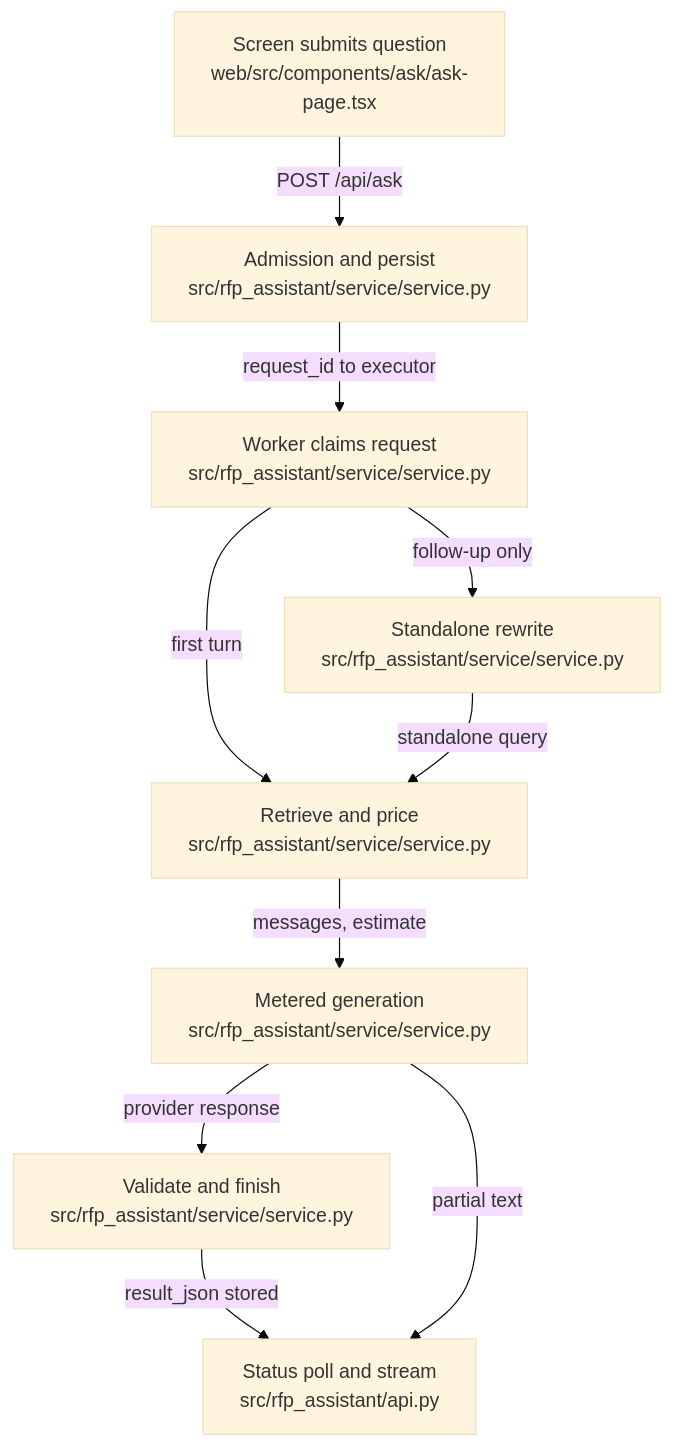
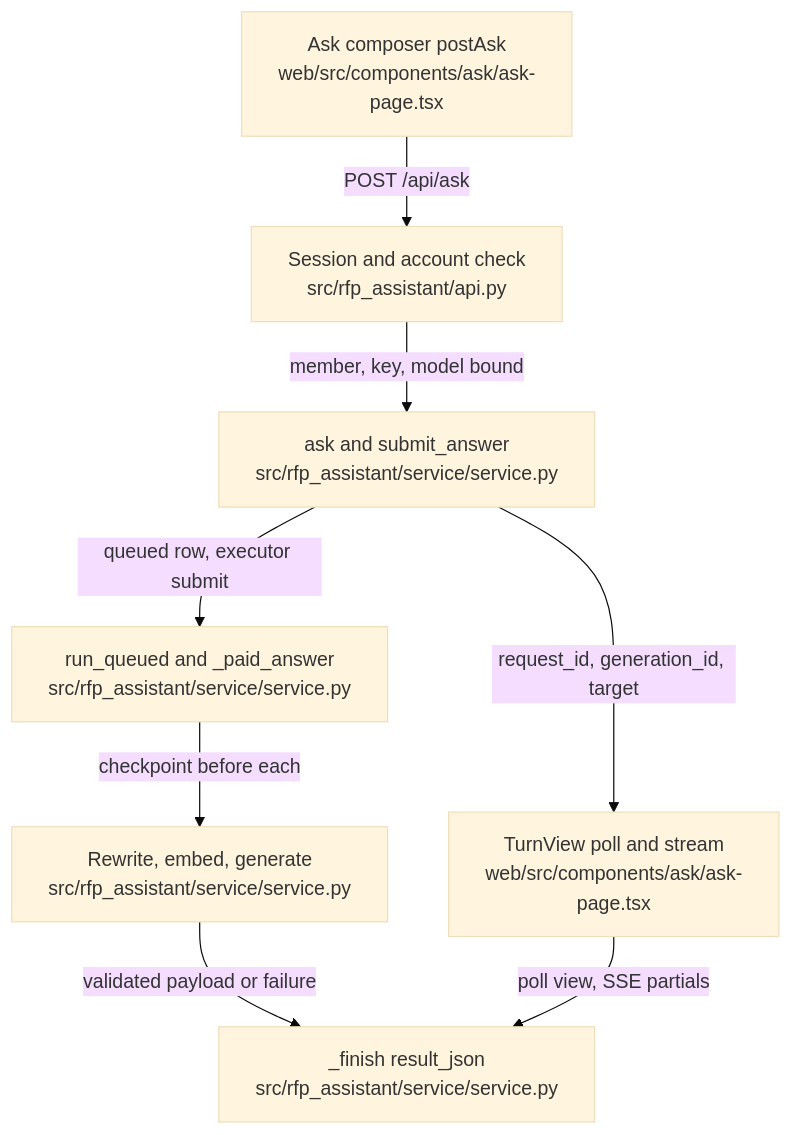
One commit to littleeeeebit/project-codeit-mid changed the diagram in .omm/request-lifecycle/diagram.mmd. Above: the diagram before and after it, drawn with Mermaid (base theme). The commit also changed 402 other files, not shown here.

```diff
--- a/.omm/request-lifecycle/diagram.mmd
+++ b/.omm/request-lifecycle/diagram.mmd
@@ -1,10 +1,15 @@
 graph TD
-  screen-submit["Screen submits question\nweb/src/components/ask/ask-page.tsx"] -->|"POST /api/ask"| admission-and-persist["Admission and persist\nsrc/rfp_assistant/service/service.py"]
-  admission-and-persist -->|"request_id to executor"| worker-claim["Worker claims request\nsrc/rfp_assistant/service/service.py"]
-  worker-claim -->|"follow-up only"| follow-up-rewrite["Standalone rewrite\nsrc/rfp_assistant/service/service.py"]
-  worker-claim -->|"first turn"| retrieve-and-price["Retrieve and price\nsrc/rfp_assistant/service/service.py"]
-  follow-up-rewrite -->|"standalone query"| retrieve-and-price
-  retrieve-and-price -->|"messages, estimate"| metered-generation["Metered generation\nsrc/rfp_assistant/service/service.py"]
-  metered-generation -->|"provider response"| validate-and-finish["Validate and finish\nsrc/rfp_assistant/service/service.py"]
-  validate-and-finish -->|"result_json stored"| status-and-stream["Status poll and stream\nsrc/rfp_assistant/api.py"]
-  metered-generation -->|"partial text"| status-and-stream
+  ask-composer["Ask composer postAsk\nweb/src/components/ask/ask-page.tsx"]
+  session-gate["Session and account check\nsrc/rfp_assistant/api.py"]
+  request-admission["ask and submit_answer\nsrc/rfp_assistant/service/service.py"]
+  worker-execution["run_queued and _paid_answer\nsrc/rfp_assistant/service/service.py"]
+  paid-stages["Rewrite, embed, generate\nsrc/rfp_assistant/service/service.py"]
+  outcome-store["_finish result_json\nsrc/rfp_assistant/service/service.py"]
+  screen-attachment["TurnView poll and stream\nweb/src/components/ask/ask-page.tsx"]
+  ask-composer -->|"POST /api/ask"| session-gate
+  session-gate -->|"member, key, model bound"| request-admission
+  request-admission -->|"queued row, executor submit"| worker-execution
+  worker-execution -->|"checkpoint before each"| paid-stages
+  paid-stages -->|"validated payload or failure"| outcome-store
+  request-admission -->|"request_id, generation_id, target"| screen-attachment
+  screen-attachment -->|"poll view, SSE partials"| outcome-store
```
